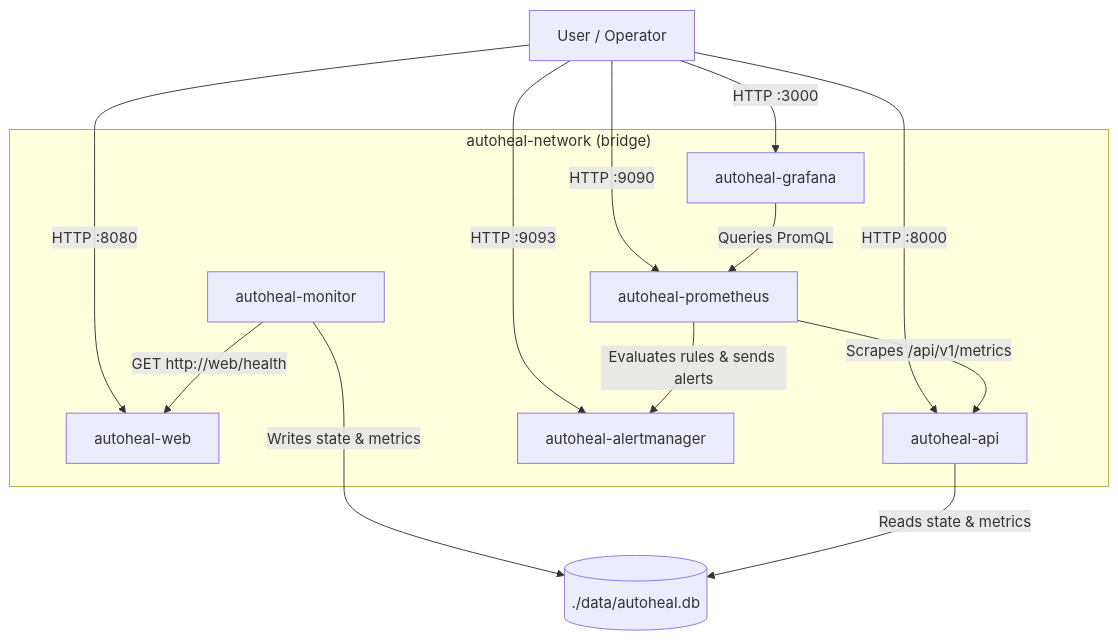
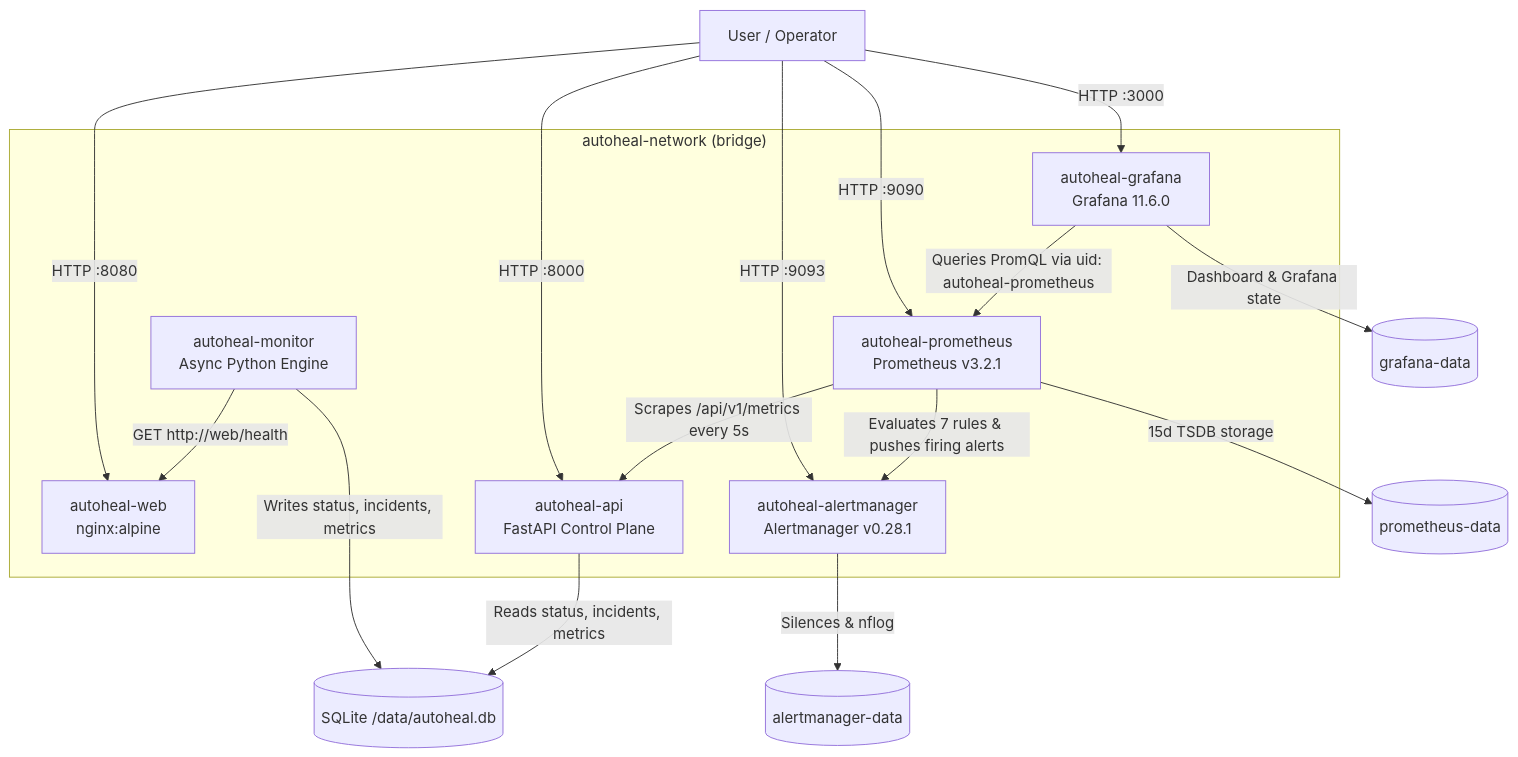
One commit to deewakar05/AutoHeal changed the diagram in README.md. Above: the diagram before and after it, drawn with Mermaid. The commit also changed other lines of this file and 9 other files, not shown here.

````diff
--- a/README.md
+++ b/README.md
@@ -32,25 +138,28 @@
 ```mermaid
 flowchart TD
-    U[User / Operator] -->|HTTP :8080| W[autoheal-web]
-    U -->|HTTP :8000| A[autoheal-api]
-    U -->|HTTP :9090| P[autoheal-prometheus]
-    U -->|HTTP :9093| AM[autoheal-alertmanager]
-    U -->|HTTP :3000| G[autoheal-grafana]
+    U[User / Operator] -->|HTTP :8080| W[autoheal-web<br/>nginx:alpine]
+    U -->|HTTP :8000| A[autoheal-api<br/>FastAPI Control Plane]
+    U -->|HTTP :9090| P[autoheal-prometheus<br/>Prometheus v3.2.1]
+    U -->|HTTP :9093| AM[autoheal-alertmanager<br/>Alertmanager v0.28.1]
+    U -->|HTTP :3000| G[autoheal-grafana<br/>Grafana 11.6.0]
 
-    M[autoheal-monitor] -->|GET http://web/health| W
-    M -->|Writes state & metrics| DB[(./data/autoheal.db)]
-    A -->|Reads state & metrics| DB
+    M[autoheal-monitor<br/>Async Python Engine] -->|GET http://web/health| W
+    M -->|Writes status, incidents, metrics| DB[(SQLite /data/autoheal.db)]
+    A -->|Reads status, incidents, metrics| DB
 
-    P -->|Scrapes /api/v1/metrics| A
-    P -->|Evaluates rules & sends alerts| AM
-    G -->|Queries PromQL| P
+    P -->|Scrapes /api/v1/metrics every 5s| A
+    P -->|Evaluates 7 rules & pushes firing alerts| AM
+    P -->|15d TSDB storage| PV[(prometheus-data)]
+    AM -->|Silences & nflog| AMV[(alertmanager-data)]
+    G -->|Queries PromQL via uid: autoheal-prometheus| P
+    G -->|Dashboard & Grafana state| GV[(grafana-data)]
 
     subgraph Network ["autoheal-network (bridge)"]
         W
         M
         A
         P
         AM
         G
     end
 ```
````
